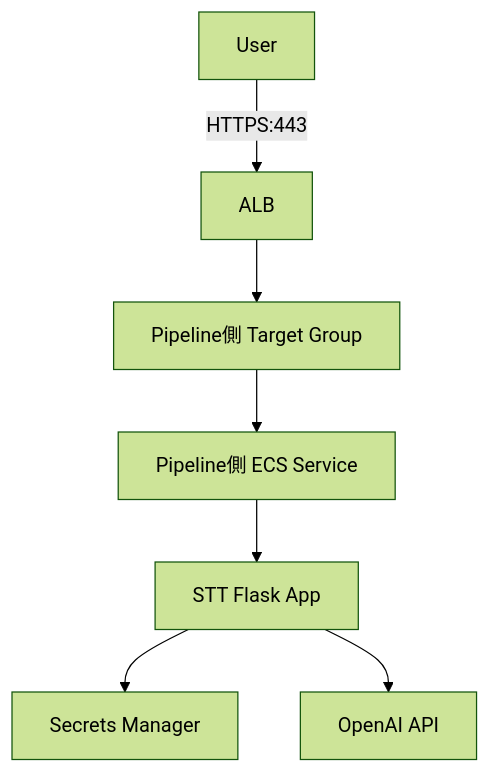
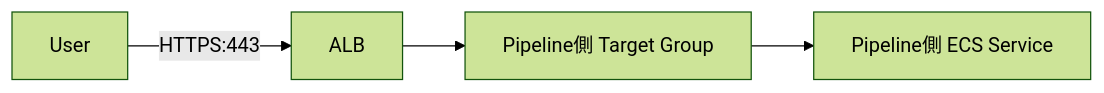
One commit to qp-git/engineer-portfolio changed the third of 4 diagrams in projects/stt-ecs-cicd-migration/architecture.md. Above: the diagram before and after it, drawn with Mermaid (forest theme). The commit also changed other lines of this file, not shown here.

Commit message:
docs: simplify STT ECS migration architecture flow

````diff
--- a/projects/stt-ecs-cicd-migration/architecture.md
+++ b/projects/stt-ecs-cicd-migration/architecture.md
@@ -61,9 +51,6 @@
 ```mermaid
-flowchart TB
+flowchart LR
     User[User] -->|HTTPS:443| ALB[ALB]
     ALB --> PipelineTG[Pipeline側 Target Group]
     PipelineTG --> PipelineSvc[Pipeline側 ECS Service]
-    PipelineSvc --> App[STT Flask App]
-    App --> Secrets[Secrets Manager]
-    App --> OpenAI[OpenAI API]
 ```
````
